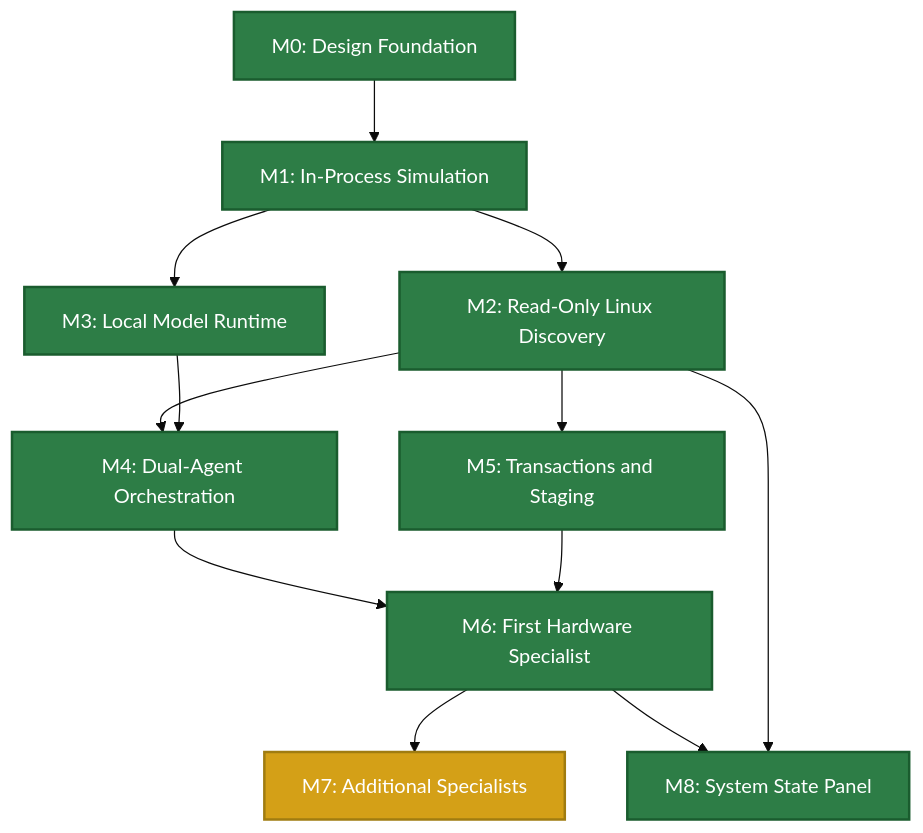
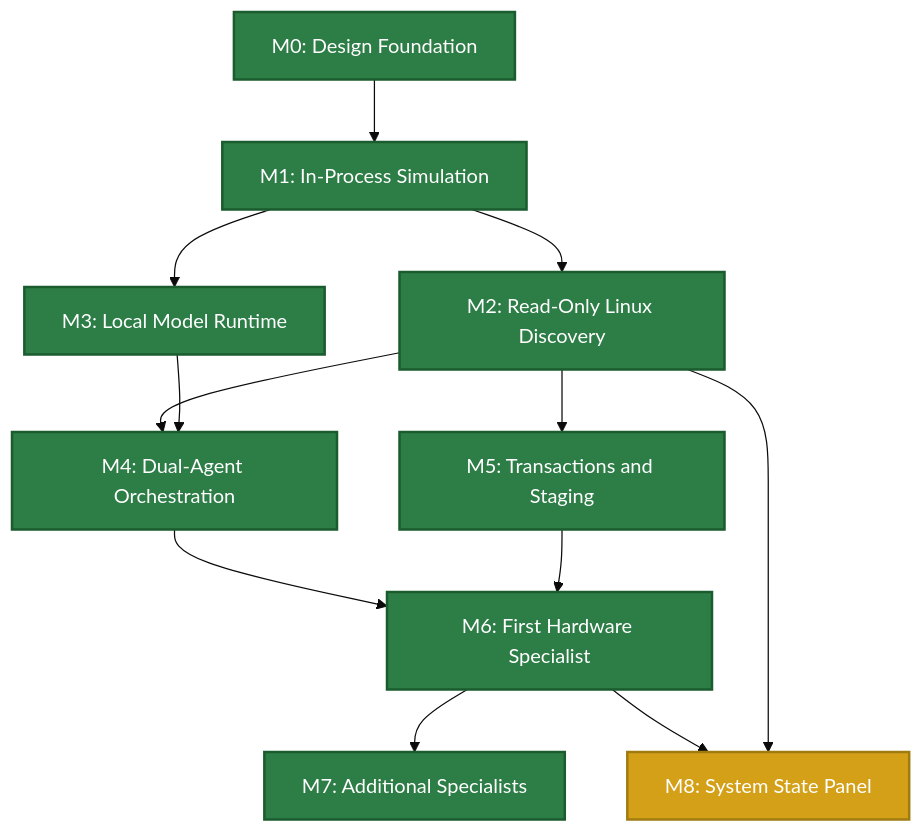
Before and after one commit to cse-creative-systems-engineering/aios: the diagram in docs/implementation-roadmap.md, drawn with Mermaid (base theme). The commit also changed other lines of this file and 6 other files, not shown here.

````diff
--- a/docs/implementation-roadmap.md
+++ b/docs/implementation-roadmap.md
@@ -34,21 +33,21 @@
 ```mermaid
 graph TD
     M0[M0: Design Foundation] --> M1[M1: In-Process Simulation]
     M1 --> M2[M2: Read-Only Linux Discovery]
     M1 --> M3[M3: Local Model Runtime]
     M2 --> M4[M4: Dual-Agent Orchestration]
     M3 --> M4
     M2 --> M5[M5: Transactions and Staging]
     M4 --> M6[M6: First Hardware Specialist]
     M5 --> M6
     M6 --> M7[M7: Additional Specialists]
     M6 --> M8[M8: System State Panel]
     M2 --> M8
 
     classDef done fill:#2d7d46,color:#fff,stroke:#1a5c2e,stroke-width:2px
     classDef current fill:#d4a017,color:#fff,stroke:#a07c10,stroke-width:2px
     classDef planned fill:#4a90d9,color:#fff,stroke:#2a6db0,stroke-width:2px
 
-    class M0,M1,M2,M3,M4,M5,M6,M8 done
-    class M7 current
+    class M0,M1,M2,M3,M4,M5,M6,M7 done
+    class M8 current
 ```
````
